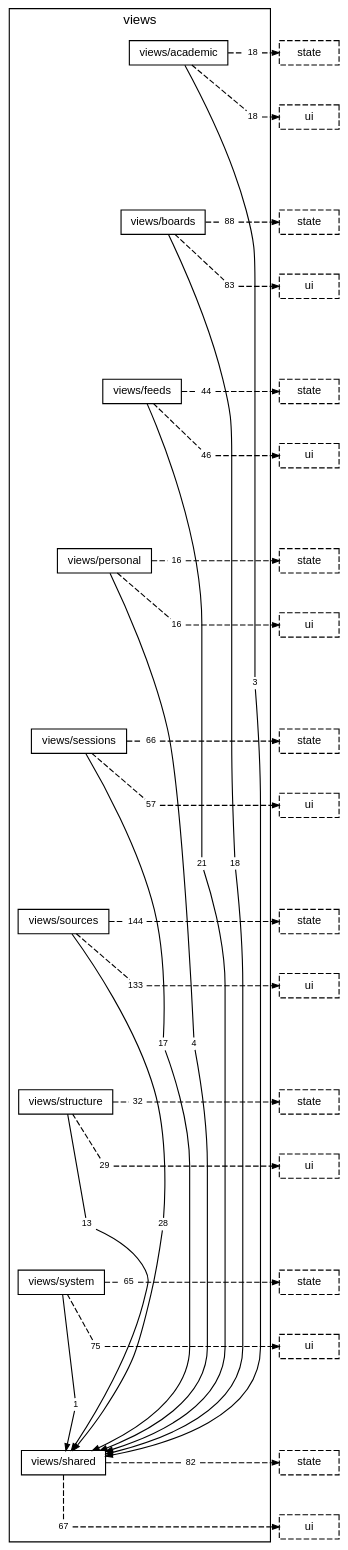
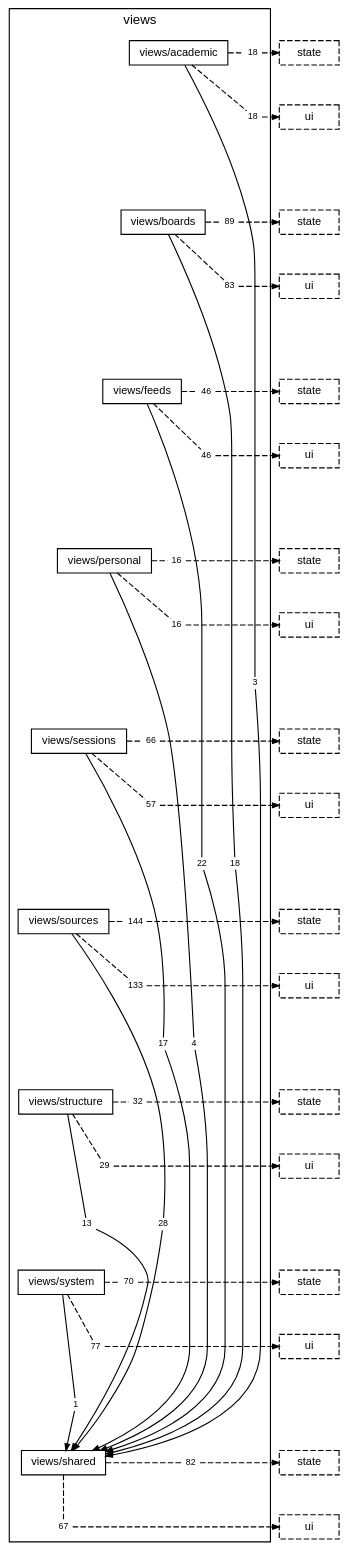
One commit to TheAxeC/oculus changed the diagram in docs/diagrams/layer-views.dot. Above: the diagram before and after it, drawn with Graphviz. The commit also changed 102 other files, not shown here.

```diff
--- a/docs/diagrams/layer-views.dot
+++ b/docs/diagrams/layer-views.dot
@@ -17,10 +17,10 @@
         "folder views/academic to layer state" [label="18", shape=box, color="transparent", fontsize=8, width=0, height=0, margin="0.04,0.02"];
         "folder views/academic to layer ui" [label="18", shape=box, color="transparent", fontsize=8, width=0, height=0, margin="0.04,0.02"];
         "folder views/boards to folder views/shared" [label="18", shape=box, color="transparent", fontsize=8, width=0, height=0, margin="0.04,0.02"];
-        "folder views/boards to layer state" [label="88", shape=box, color="transparent", fontsize=8, width=0, height=0, margin="0.04,0.02"];
+        "folder views/boards to layer state" [label="89", shape=box, color="transparent", fontsize=8, width=0, height=0, margin="0.04,0.02"];
         "folder views/boards to layer ui" [label="83", shape=box, color="transparent", fontsize=8, width=0, height=0, margin="0.04,0.02"];
-        "folder views/feeds to folder views/shared" [label="21", shape=box, color="transparent", fontsize=8, width=0, height=0, margin="0.04,0.02"];
-        "folder views/feeds to layer state" [label="44", shape=box, color="transparent", fontsize=8, width=0, height=0, margin="0.04,0.02"];
+        "folder views/feeds to folder views/shared" [label="22", shape=box, color="transparent", fontsize=8, width=0, height=0, margin="0.04,0.02"];
+        "folder views/feeds to layer state" [label="46", shape=box, color="transparent", fontsize=8, width=0, height=0, margin="0.04,0.02"];
         "folder views/feeds to layer ui" [label="46", shape=box, color="transparent", fontsize=8, width=0, height=0, margin="0.04,0.02"];
         "folder views/personal to folder views/shared" [label="4", shape=box, color="transparent", fontsize=8, width=0, height=0, margin="0.04,0.02"];
         "folder views/personal to layer state" [label="16", shape=box, color="transparent", fontsize=8, width=0, height=0, margin="0.04,0.02"];
@@ -35,8 +35,8 @@
         "folder views/structure to layer state" [label="32", shape=box, color="transparent", fontsize=8, width=0, height=0, margin="0.04,0.02"];
         "folder views/structure to layer ui" [label="29", shape=box, color="transparent", fontsize=8, width=0, height=0, margin="0.04,0.02"];
         "folder views/system to folder views/shared" [label="1", shape=box, color="transparent", fontsize=8, width=0, height=0, margin="0.04,0.02"];
-        "folder views/system to layer state" [label="65", shape=box, color="transparent", fontsize=8, width=0, height=0, margin="0.04,0.02"];
-        "folder views/system to layer ui" [label="75", shape=box, color="transparent", fontsize=8, width=0, height=0, margin="0.04,0.02"];
+        "folder views/system to layer state" [label="70", shape=box, color="transparent", fontsize=8, width=0, height=0, margin="0.04,0.02"];
+        "folder views/system to layer ui" [label="77", shape=box, color="transparent", fontsize=8, width=0, height=0, margin="0.04,0.02"];
         "folder views/shared to layer state" [label="82", shape=box, color="transparent", fontsize=8, width=0, height=0, margin="0.04,0.02"];
         "folder views/shared to layer ui" [label="67", shape=box, color="transparent", fontsize=8, width=0, height=0, margin="0.04,0.02"];
     }
```
